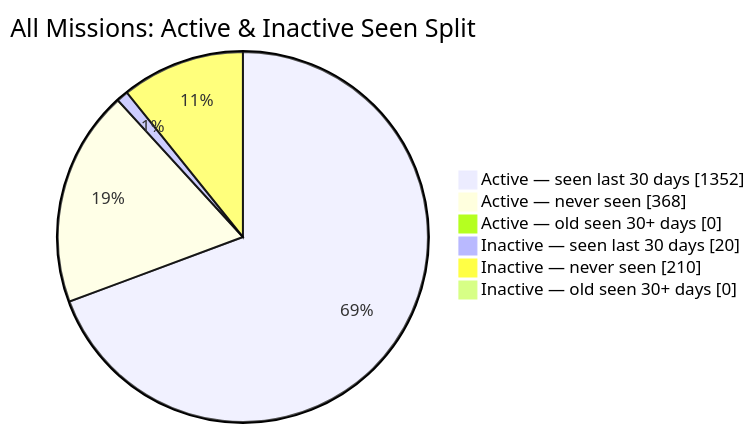
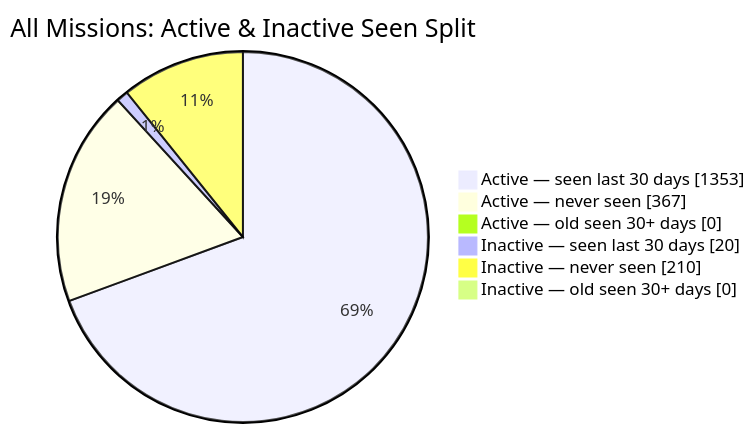
One commit to MeldkamerspelGameTeam/active-missions changed the second of 2 diagrams in README.md. Above: the diagram before and after it, drawn with Mermaid. The commit also changed other lines of this file and 3 other files, not shown here.

````diff
--- a/README.md
+++ b/README.md
@@ -44,10 +44,10 @@
 ```mermaid
 pie showData
     title All Missions: Active & Inactive Seen Split
-    "Active — seen last 30 days" : 1352
-    "Active — never seen" : 368
+    "Active — seen last 30 days" : 1353
+    "Active — never seen" : 367
     "Active — old seen 30+ days" : 0
     "Inactive — seen last 30 days" : 20
     "Inactive — never seen" : 210
     "Inactive — old seen 30+ days" : 0
 ```
````
